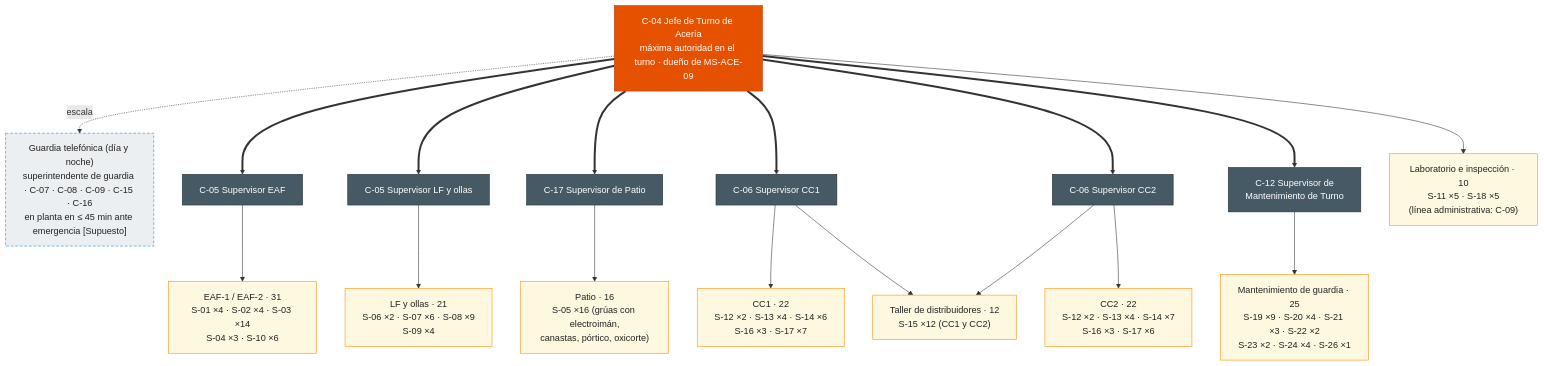
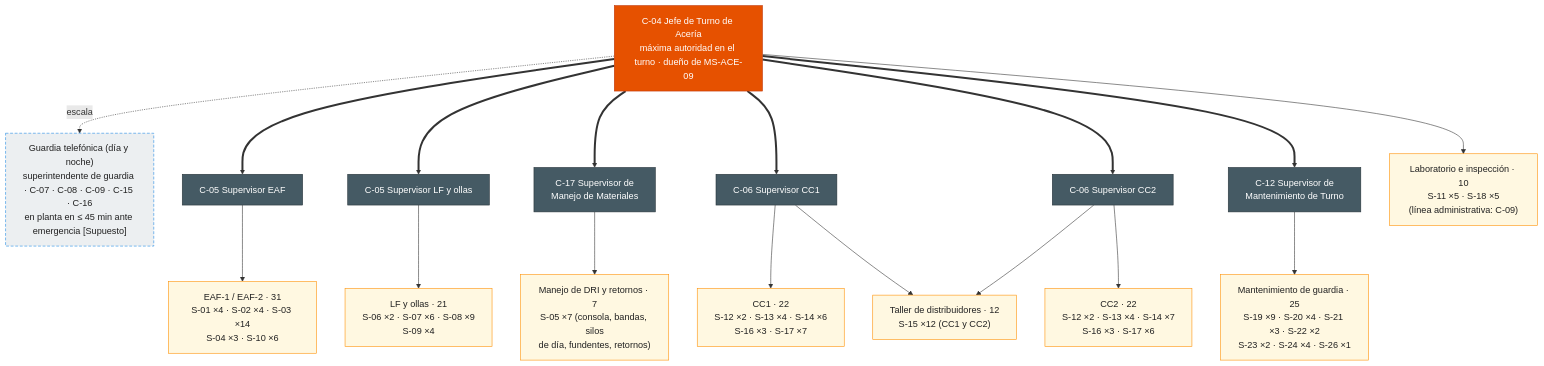
Before and after one commit to diegocardonaguzman03-maker/HR: the second of 2 diagrams in 10-plantas/01-steelmaking/01-organizacion/organigrama-acería.md, drawn with Mermaid. The commit also changed other lines of this file and 19 other files, not shown here.

````diff
--- a/10-plantas/01-steelmaking/01-organizacion/organigrama-acería.md
+++ b/10-plantas/01-steelmaking/01-organizacion/organigrama-acería.md
@@ -199,42 +201,42 @@
 ```mermaid
 flowchart TB
     JT["C-04 Jefe de Turno de Acería<br/>máxima autoridad en el turno · dueño de MS-ACE-09"]:::turno
     GU["Guardia telefónica (día y noche)<br/>superintendente de guardia · C-07 · C-08 · C-09 · C-15 · C-16<br/>en planta en ≤ 45 min ante emergencia [Supuesto]"]:::staff
     JT -. escala .-> GU
 
     SE["C-05 Supervisor EAF"]:::mando
     SL["C-05 Supervisor LF y ollas"]:::mando
-    SP["C-17 Supervisor de Patio"]:::mando
+    SP["C-17 Supervisor de<br/>Manejo de Materiales"]:::mando
     S1["C-06 Supervisor CC1"]:::mando
     S2["C-06 Supervisor CC2"]:::mando
     SM["C-12 Supervisor de<br/>Mantenimiento de Turno"]:::mando
     JT ==> SE
     JT ==> SL
     JT ==> SP
     JT ==> S1
     JT ==> S2
     JT ==> SM
 
     E["EAF-1 / EAF-2 · 31<br/>S-01 ×4 · S-02 ×4 · S-03 ×14<br/>S-04 ×3 · S-10 ×6"]:::sind
     L["LF y ollas · 21<br/>S-06 ×2 · S-07 ×6 · S-08 ×9<br/>S-09 ×4"]:::sind
-    P["Patio · 16<br/>S-05 ×16 (grúas con electroimán,<br/>canastas, pórtico, oxicorte)"]:::sind
+    P["Manejo de DRI y retornos · 7<br/>S-05 ×7 (consola, bandas, silos<br/>de día, fundentes, retornos)"]:::sind
     Q["Laboratorio e inspección · 10<br/>S-11 ×5 · S-18 ×5<br/>(línea administrativa: C-09)"]:::sind
     K1["CC1 · 22<br/>S-12 ×2 · S-13 ×4 · S-14 ×6<br/>S-16 ×3 · S-17 ×7"]:::sind
     K2["CC2 · 22<br/>S-12 ×2 · S-13 ×4 · S-14 ×7<br/>S-16 ×3 · S-17 ×6"]:::sind
     D["Taller de distribuidores · 12<br/>S-15 ×12 (CC1 y CC2)"]:::sind
     M["Mantenimiento de guardia · 25<br/>S-19 ×9 · S-20 ×4 · S-21 ×3 · S-22 ×2<br/>S-23 ×2 · S-24 ×4 · S-26 ×1"]:::sind
     SE --> E
     SL --> L
     SP --> P
     JT --> Q
     S1 --> K1
     S2 --> K2
     S1 --> D
     S2 --> D
     SM --> M
 
     classDef mando fill:#455A64,stroke:#263238,color:#ffffff
     classDef turno fill:#E65100,stroke:#BF360C,color:#ffffff
     classDef staff fill:#ECEFF1,stroke:#1E88E5,stroke-dasharray:5 3,color:#212121
     classDef sind fill:#FFF8E1,stroke:#FF8F00,color:#212121
 ```
````
